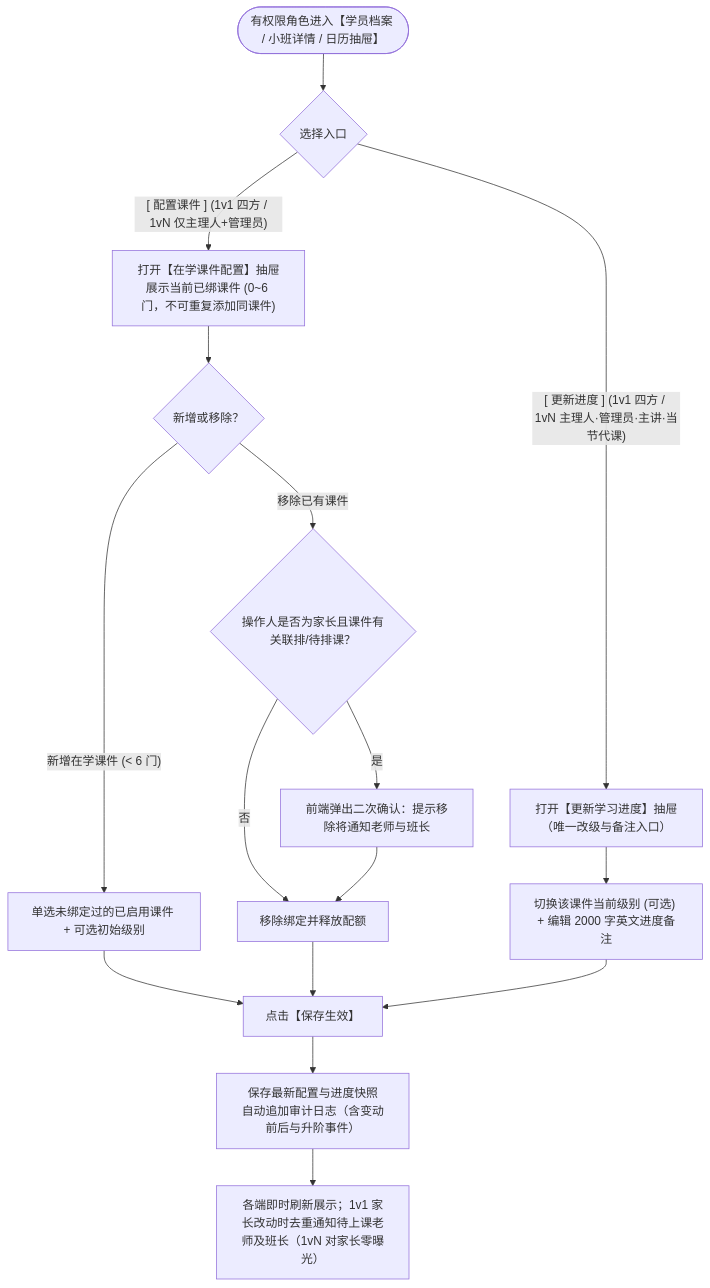
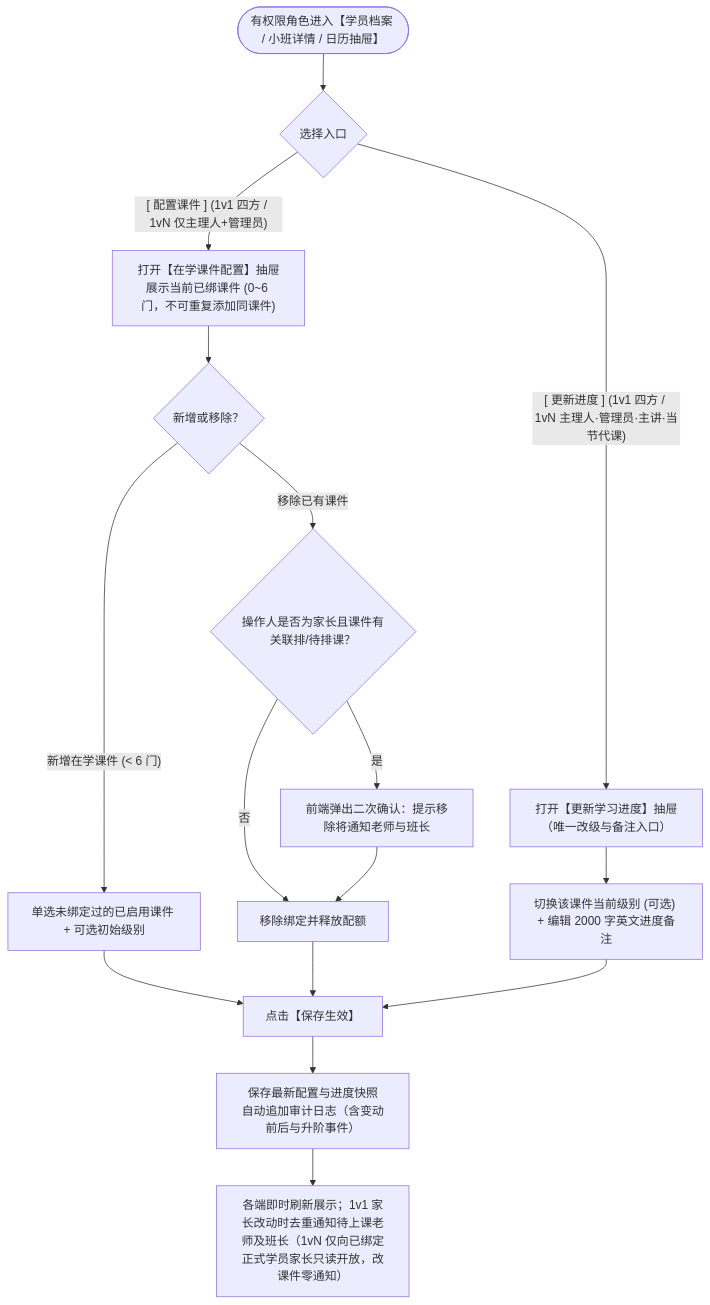
One commit to Onezao/dream changed the second of 5 diagrams in docs/prd/m1e_courseware.md. Above: the diagram before and after it, drawn with Mermaid. The commit also changed other lines of this file and 34 other files, not shown here.

````diff
--- a/docs/prd/m1e_courseware.md
+++ b/docs/prd/m1e_courseware.md
@@ -96,21 +96,21 @@
 ```mermaid
 flowchart TD
     Entry(["有权限角色进入【学员档案 / 小班详情 / 日历抽屉】"]) --> ActionBranch{"选择入口"}
     
     ActionBranch -->|"[ 配置课件 ] (1v1 四方 / 1vN 仅主理人+管理员)"| OpenConfig["打开【在学课件配置】抽屉<br/>展示当前已绑课件 (0~6 门，不可重复添加同课件)"]
     OpenConfig --> ConfigOp{"新增或移除？"}
     ConfigOp -->|"新增在学课件 (< 6 门)"| PickCW["单选未绑定过的已启用课件 + 可选初始级别"]
     ConfigOp -->|"移除已有课件"| CheckParentWarn{"操作人是否为家长且课件有关联排/待排课？"}
     CheckParentWarn -->|"是"| ConfirmRemove["前端弹出二次确认：提示移除将通知老师与班长"]
     CheckParentWarn -->|"否"| DoRemove["移除绑定并释放配额"]
     ConfirmRemove --> DoRemove
     PickCW --> SaveConfig["点击【保存生效】"]
     DoRemove --> SaveConfig
     
     ActionBranch -->|"[ 更新进度 ] (1v1 四方 / 1vN 主理人·管理员·主讲·当节代课)"| OpenProgress["打开【更新学习进度】抽屉（唯一改级与备注入口）"]
     OpenProgress --> EditLP["切换该课件当前级别 (可选) + 编辑 2000 字英文进度备注"]
     EditLP --> SaveConfig
     
     SaveConfig --> SaveAuditLog["保存最新配置与进度快照<br/>自动追加审计日志（含变动前后与升阶事件）"]
-    SaveAuditLog --> BroadcastUpdate["各端即时刷新展示；1v1 家长改动时去重通知待上课老师及班长（1vN 对家长零曝光）"]
+    SaveAuditLog --> BroadcastUpdate["各端即时刷新展示；1v1 家长改动时去重通知待上课老师及班长（1vN 仅向已绑定正式学员家长只读开放，改课件零通知）"]
 ```
````
